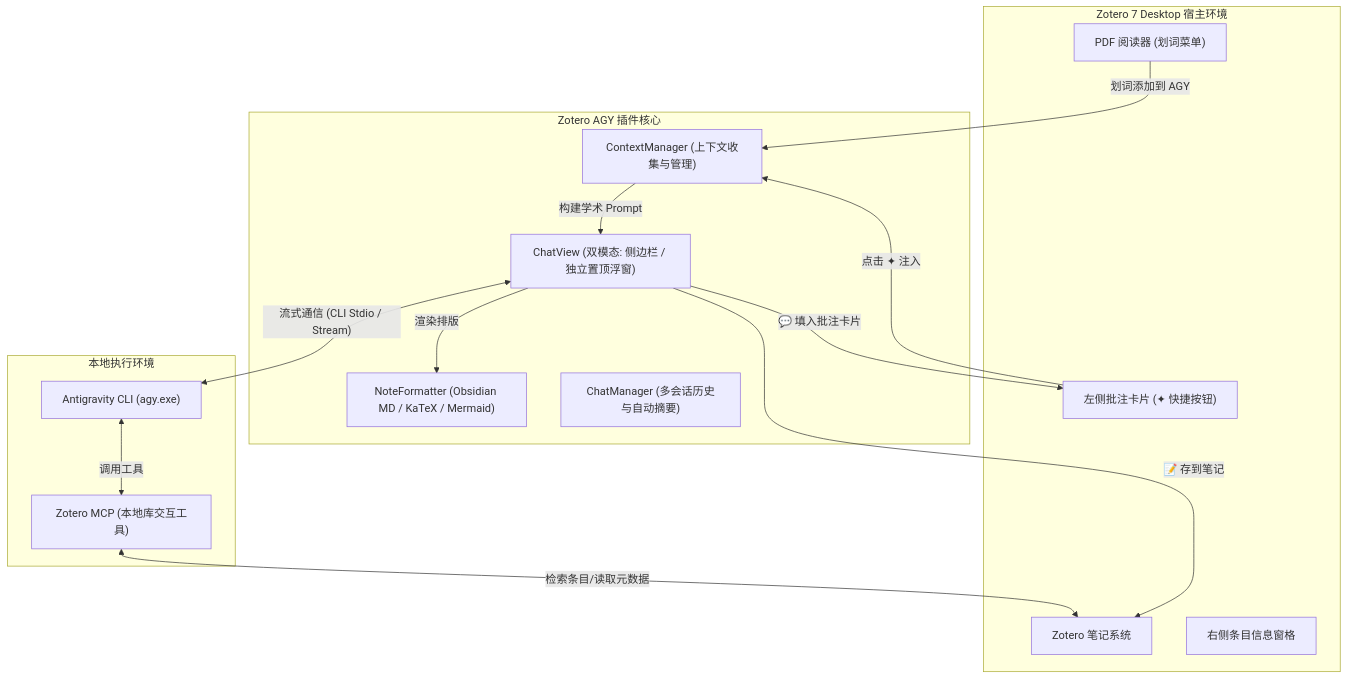
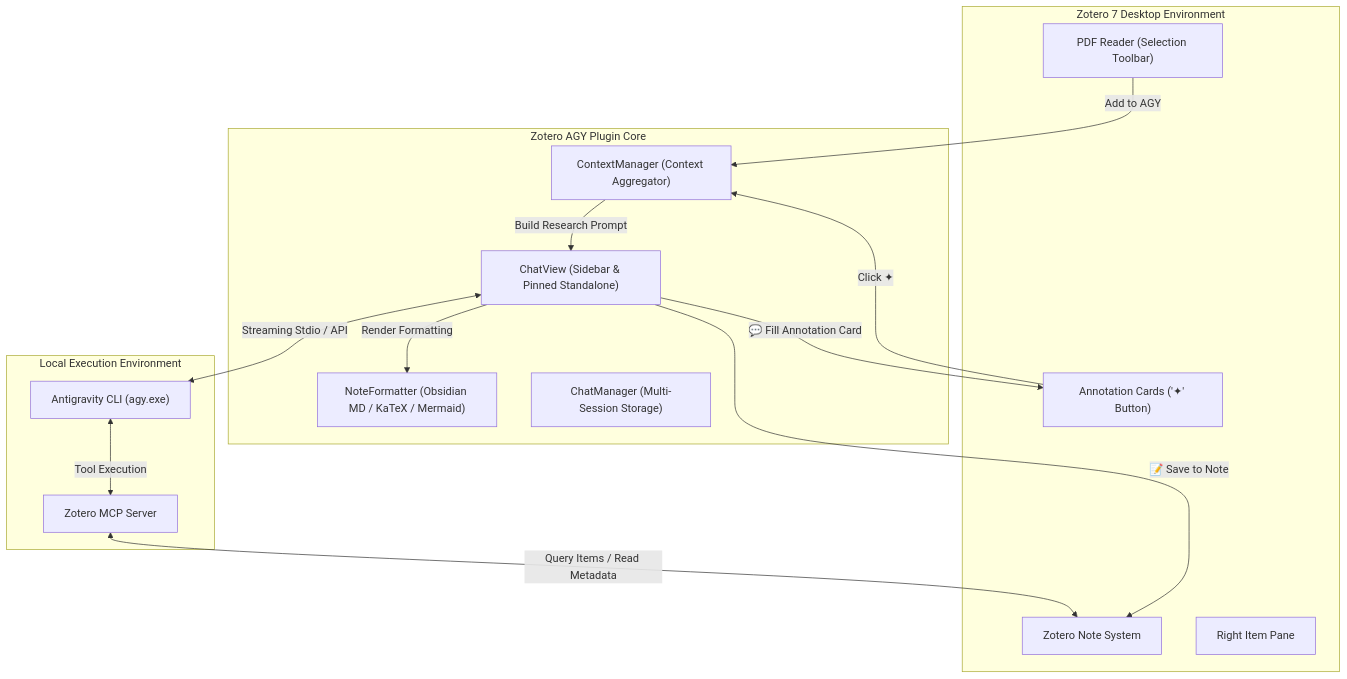
Before and after one commit to Gty0709/ZoteroAGY: the diagram in README.md, drawn with Mermaid. The commit also changed other lines of this file and 26 other files, not shown here.

````diff
--- a/README.md
+++ b/README.md
@@ -95,31 +115,31 @@
 ```mermaid
 flowchart TD
-    subgraph Zotero7["Zotero 7 Desktop 宿主环境"]
-        PDF["PDF 阅读器 (划词菜单)"]
-        AnnCard["左侧批注卡片 (✦ 快捷按钮)"]
-        Notes["Zotero 笔记系统"]
-        SidePane["右侧条目信息窗格"]
+    subgraph Zotero7["Zotero 7 Desktop Environment"]
+        PDF["PDF Reader (Selection Toolbar)"]
+        AnnCard["Annotation Cards ('✦' Button)"]
+        Notes["Zotero Note System"]
+        SidePane["Right Item Pane"]
     end
 
-    subgraph ZoteroAGY["Zotero AGY 插件核心"]
-        ChatView["ChatView (双模态: 侧边栏 / 独立置顶浮窗)"]
-        ContextMgr["ContextManager (上下文收集与管理)"]
+    subgraph ZoteroAGY["Zotero AGY Plugin Core"]
+        ChatView["ChatView (Sidebar & Pinned Standalone)"]
+        ContextMgr["ContextManager (Context Aggregator)"]
         NoteFmt["NoteFormatter (Obsidian MD / KaTeX / Mermaid)"]
-        HistoryMgr["ChatManager (多会话历史与自动摘要)"]
+        HistoryMgr["ChatManager (Multi-Session Storage)"]
     end
 
-    subgraph LocalBackend["本地执行环境"]
+    subgraph LocalBackend["Local Execution Environment"]
         AGY["Antigravity CLI (agy.exe)"]
-        MCP["Zotero MCP (本地库交互工具)"]
+        MCP["Zotero MCP Server"]
     end
 
-    PDF -->|"划词添加到 AGY"| ContextMgr
-    AnnCard -->|"点击 ✦ 注入"| ContextMgr
-    ContextMgr -->|"构建学术 Prompt"| ChatView
-    ChatView <-->|"流式通信 (CLI Stdio / Stream)"| AGY
-    AGY <-->|"调用工具"| MCP
-    MCP <-->|"检索条目/读取元数据"| Notes
-    ChatView -->|"📝 存到笔记"| Notes
-    ChatView -->|"💬 填入批注卡片"| AnnCard
-    ChatView -->|"渲染排版"| NoteFmt
+    PDF -->|"Add to AGY"| ContextMgr
+    AnnCard -->|"Click ✦"| ContextMgr
+    ContextMgr -->|"Build Research Prompt"| ChatView
+    ChatView <-->|"Streaming Stdio / API"| AGY
+    AGY <-->|"Tool Execution"| MCP
+    MCP <-->|"Query Items / Read Metadata"| Notes
+    ChatView -->|"📝 Save to Note"| Notes
+    ChatView -->|"💬 Fill Annotation Card"| AnnCard
+    ChatView -->|"Render Formatting"| NoteFmt
 ```
````
